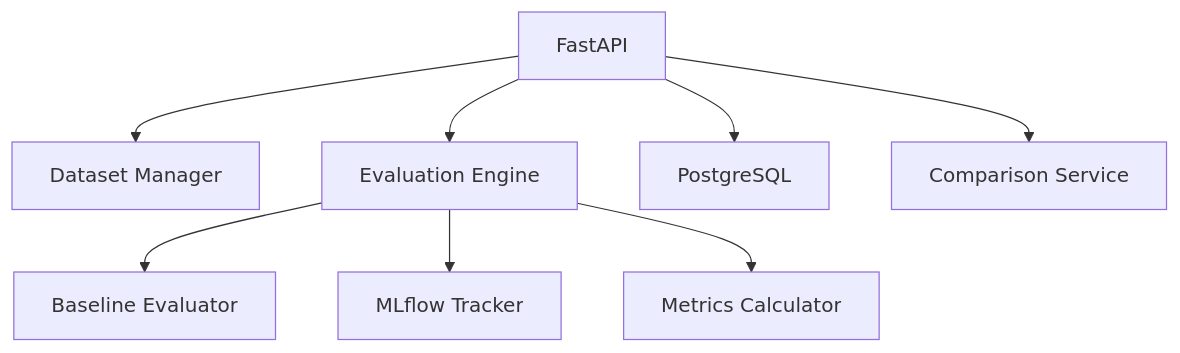
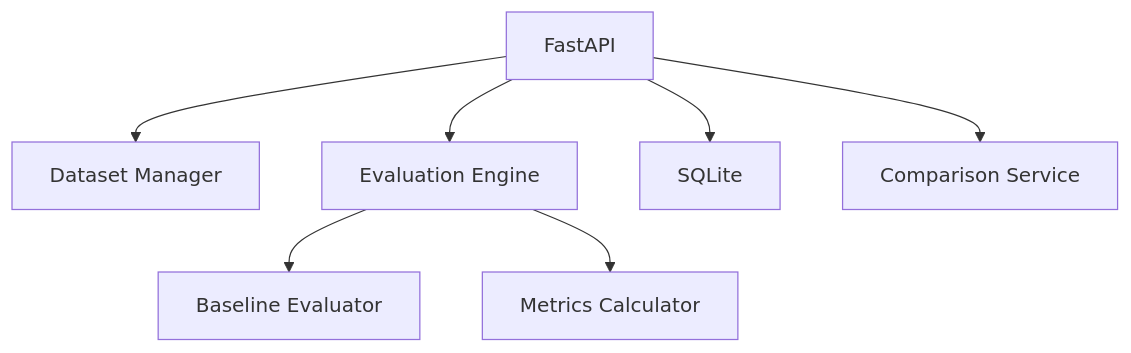
The diagram in README.md (maher304/llmops-lab), drawn with Mermaid before and after one commit. The commit also changed other lines of this file and 8 other files, not shown here.

````diff
--- a/README.md
+++ b/README.md
@@ -67,10 +67,9 @@
 ```mermaid
 graph TD
     A[FastAPI] --> B[Dataset Manager]
     A --> C[Evaluation Engine]
     C --> D[Baseline Evaluator]
-    C --> E[MLflow Tracker]
-    A --> F[PostgreSQL]
+    A --> F[SQLite]
     C --> G[Metrics Calculator]
     A --> H[Comparison Service]
 ```
````
